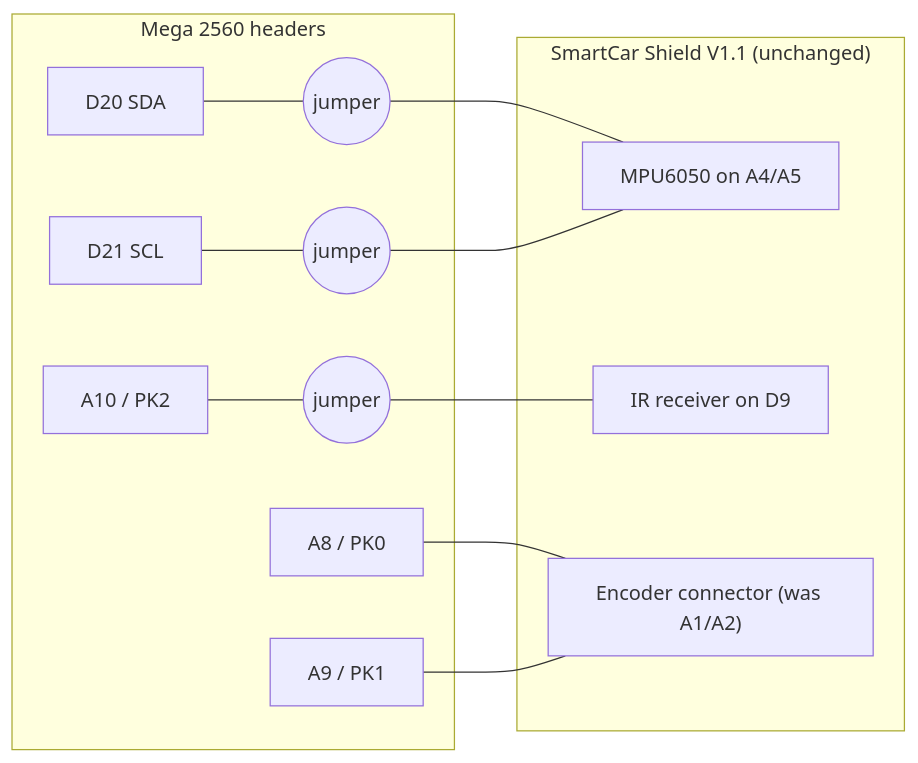
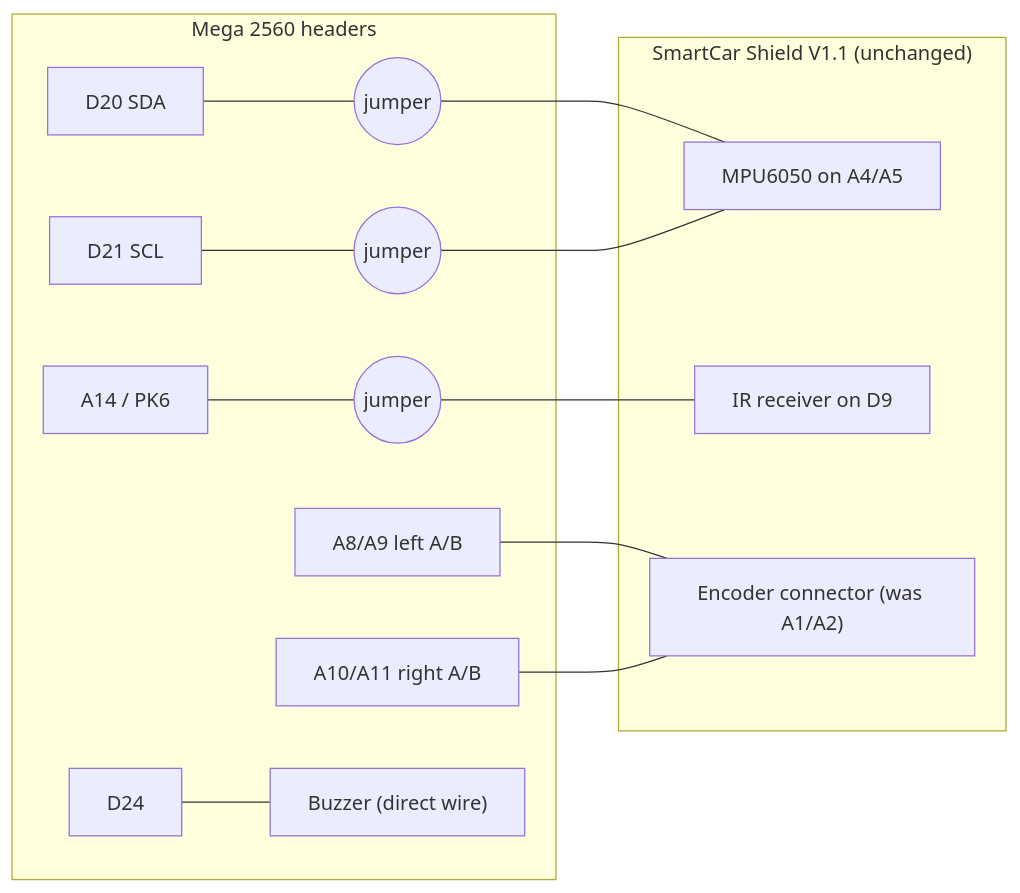
Before and after one commit to mannuray/conqueror: diagram 33 of 35 in docs/lld/uno-firmware-lld.md, drawn with Mermaid. The commit also changed other lines of this file and 6 other files, not shown here.

````diff
--- a/docs/lld/uno-firmware-lld.md
+++ b/docs/lld/uno-firmware-lld.md
@@ -1731,15 +1731,16 @@
 ```mermaid
 flowchart LR
   subgraph Shield["SmartCar Shield V1.1 (unchanged)"]
     IMU["MPU6050 on A4/A5"]
     IR["IR receiver on D9"]
     ENC["Encoder connector (was A1/A2)"]
   end
   subgraph Mega["Mega 2560 headers"]
     P20["D20 SDA"] --- J1((jumper)) --- IMU
     P21["D21 SCL"] --- J2((jumper)) --- IMU
-    A10["A10 / PK2"] --- J3((jumper)) --- IR
-    A8["A8 / PK0"] --- ENC
-    A9["A9 / PK1"] --- ENC
+    A14["A14 / PK6"] --- J3((jumper)) --- IR
+    A8["A8/A9 left A/B"] --- ENC
+    A10["A10/A11 right A/B"] --- ENC
+    D24["D24"] --- BUZ["Buzzer (direct wire)"]
   end
 ```
````
